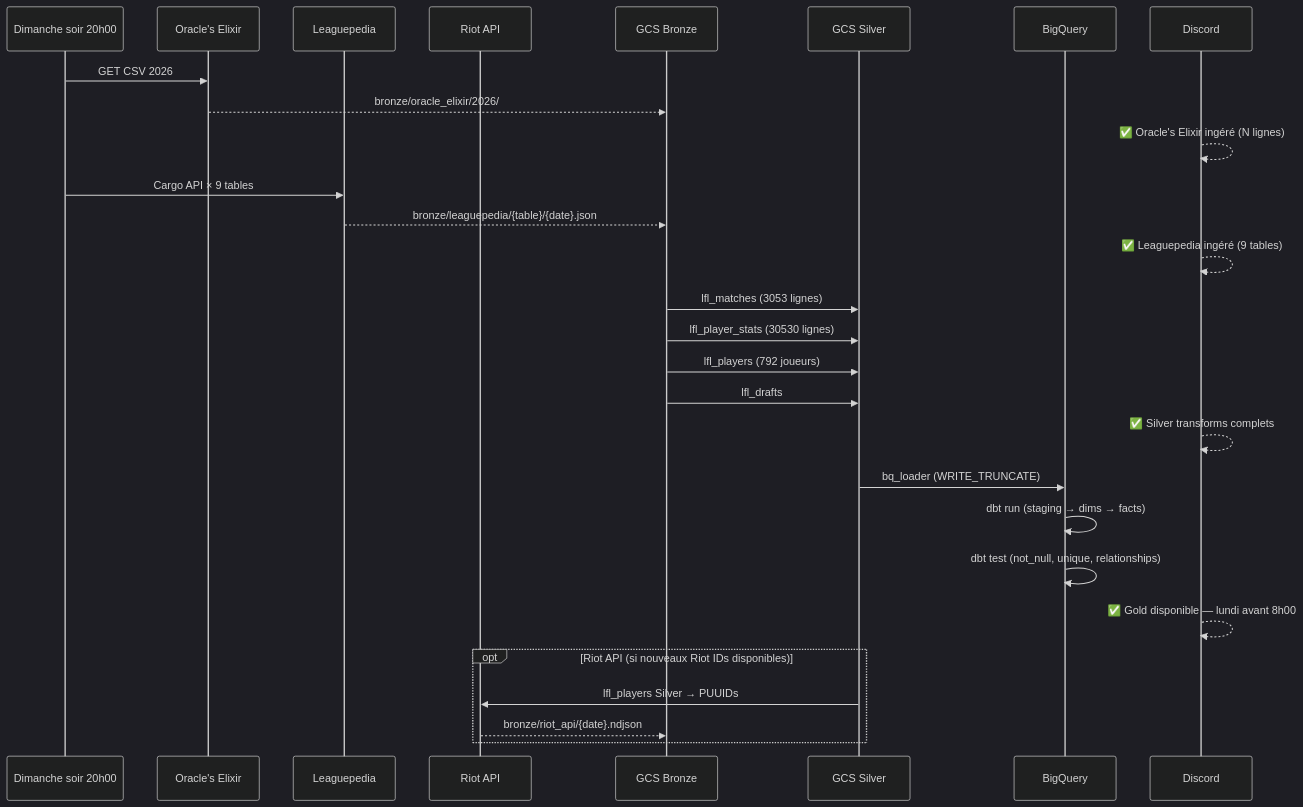
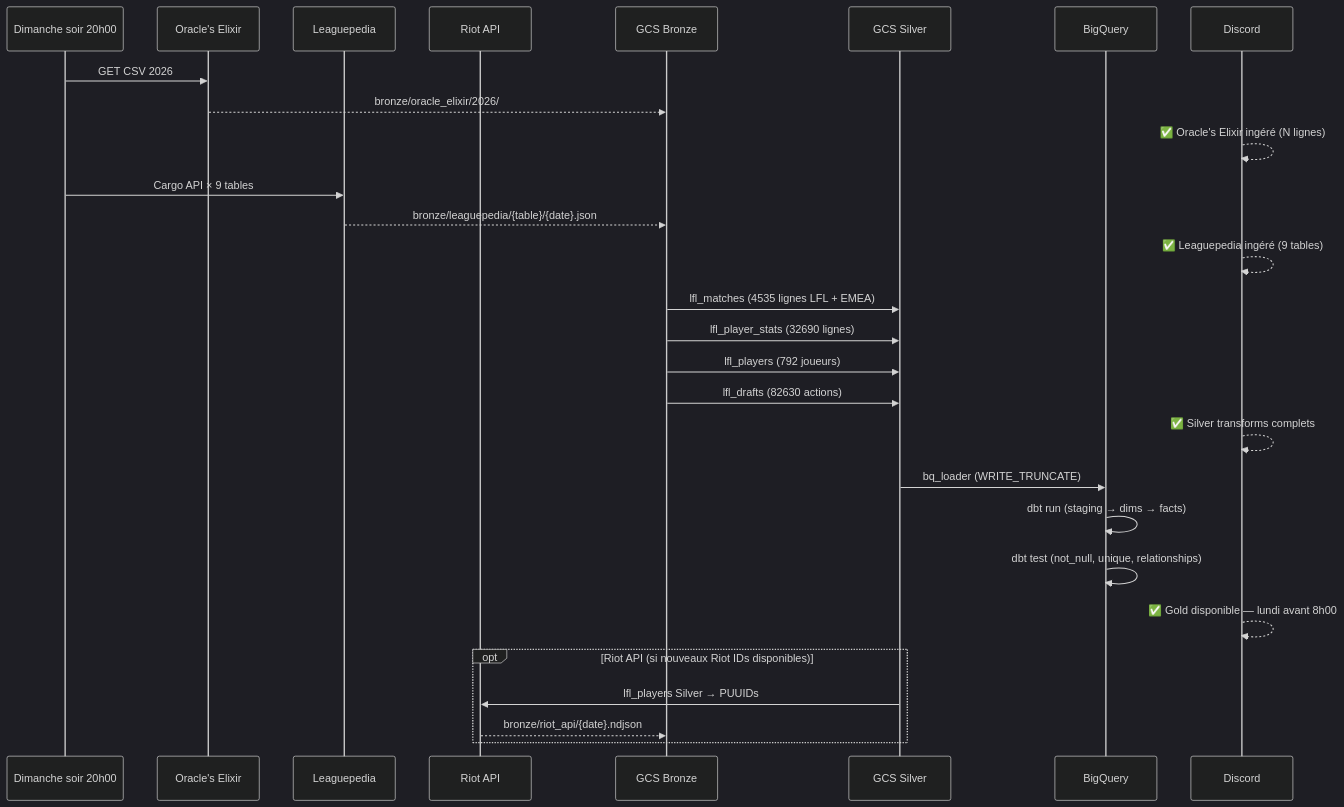
One commit to AntoineMLD/nexus-analytics-lol changed the third of 3 diagrams in docs/ARCHITECTURE.md. Above: the diagram before and after it, drawn with Mermaid (dark theme). The commit also changed other lines of this file and 3 other files, not shown here.

````diff
--- a/docs/ARCHITECTURE.md
+++ b/docs/ARCHITECTURE.md
@@ -164,35 +164,35 @@
 ```mermaid
 sequenceDiagram
     participant Dim as Dimanche soir 20h00
     participant OE as Oracle's Elixir
     participant LP as Leaguepedia
     participant RA as Riot API
     participant Bronze as GCS Bronze
     participant Silver as GCS Silver
     participant BQ as BigQuery
     participant Discord as Discord #alerts
 
     Dim->>OE: GET CSV 2026
     OE-->>Bronze: bronze/oracle_elixir/2026/
     Discord-->>Discord: ✅ Oracle's Elixir ingéré (N lignes)
 
     Dim->>LP: Cargo API × 9 tables
     LP-->>Bronze: bronze/leaguepedia/{table}/{date}.json
     Discord-->>Discord: ✅ Leaguepedia ingéré (9 tables)
 
-    Bronze->>Silver: lfl_matches (3053 lignes)
-    Bronze->>Silver: lfl_player_stats (30530 lignes)
+    Bronze->>Silver: lfl_matches (4535 lignes LFL + EMEA)
+    Bronze->>Silver: lfl_player_stats (32690 lignes)
     Bronze->>Silver: lfl_players (792 joueurs)
-    Bronze->>Silver: lfl_drafts
+    Bronze->>Silver: lfl_drafts (82630 actions)
     Discord-->>Discord: ✅ Silver transforms complets
 
     Silver->>BQ: bq_loader (WRITE_TRUNCATE)
     BQ->>BQ: dbt run (staging → dims → facts)
     BQ->>BQ: dbt test (not_null, unique, relationships)
     Discord-->>Discord: ✅ Gold disponible — lundi avant 8h00
 
     opt Riot API (si nouveaux Riot IDs disponibles)
         Silver->>RA: lfl_players Silver → PUUIDs
         RA-->>Bronze: bronze/riot_api/{date}.ndjson
     end
 ```
````
